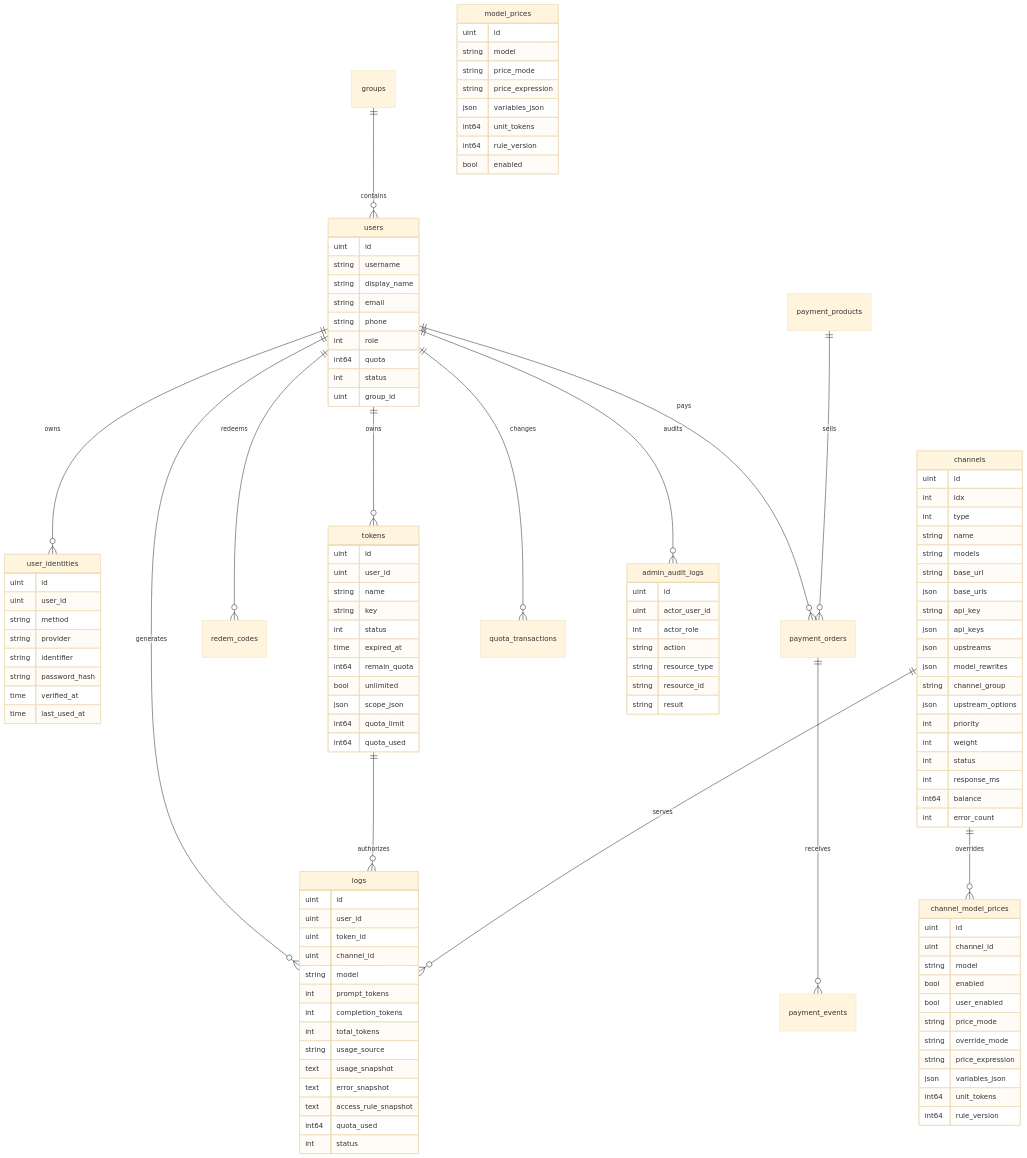
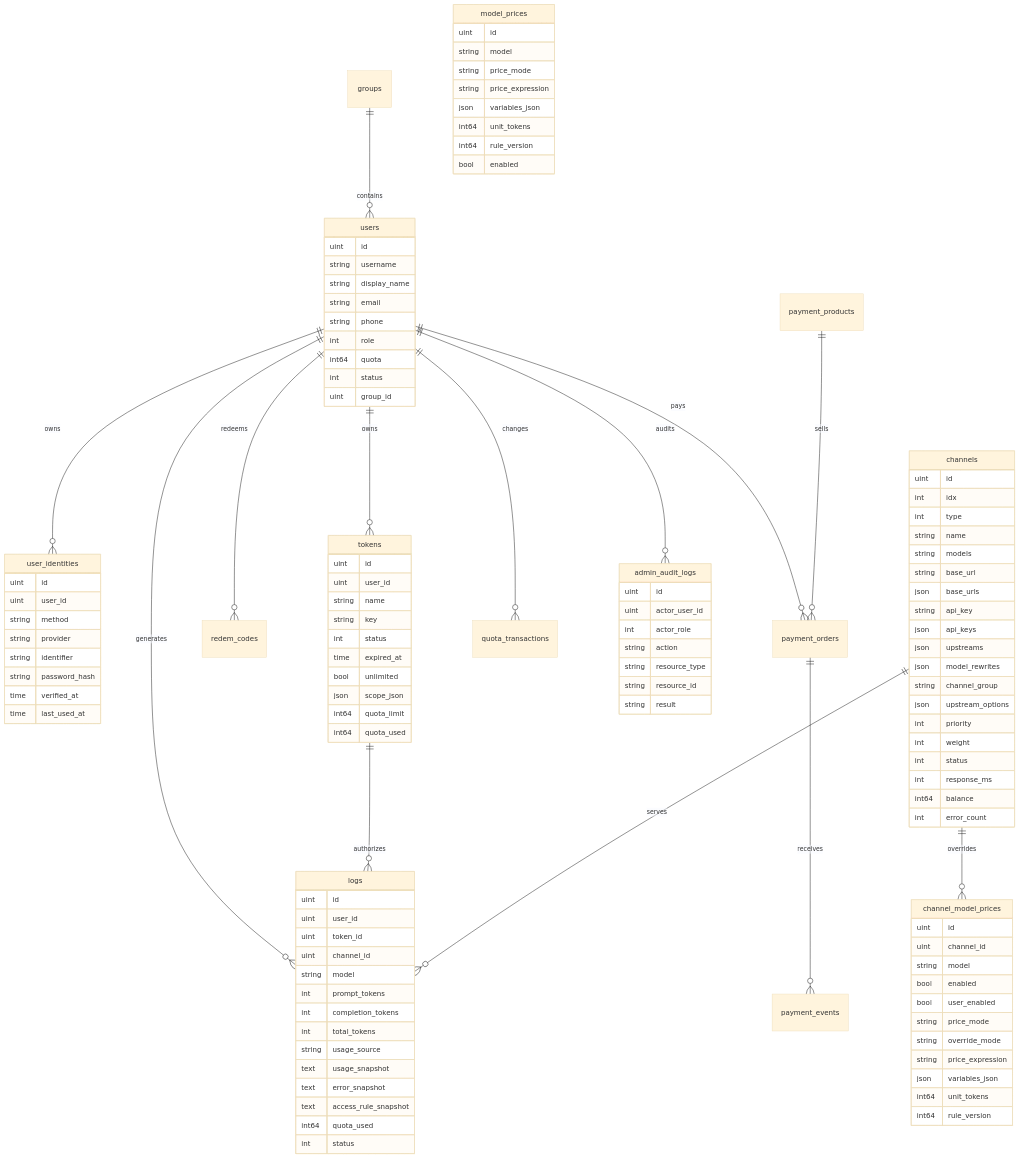
Before and after one commit to jellyfish-p/RouterX: the diagram in docs/DATA_MODEL.md, drawn with Mermaid (base theme). The commit also changed other lines of this file and 35 other files, not shown here.

```diff
--- a/docs/DATA_MODEL.md
+++ b/docs/DATA_MODEL.md
@@ -62,7 +62,6 @@
         string key
         int status
         time expired_at
-        int64 remain_quota
         bool unlimited
         json scope_json
         int64 quota_limit
```
